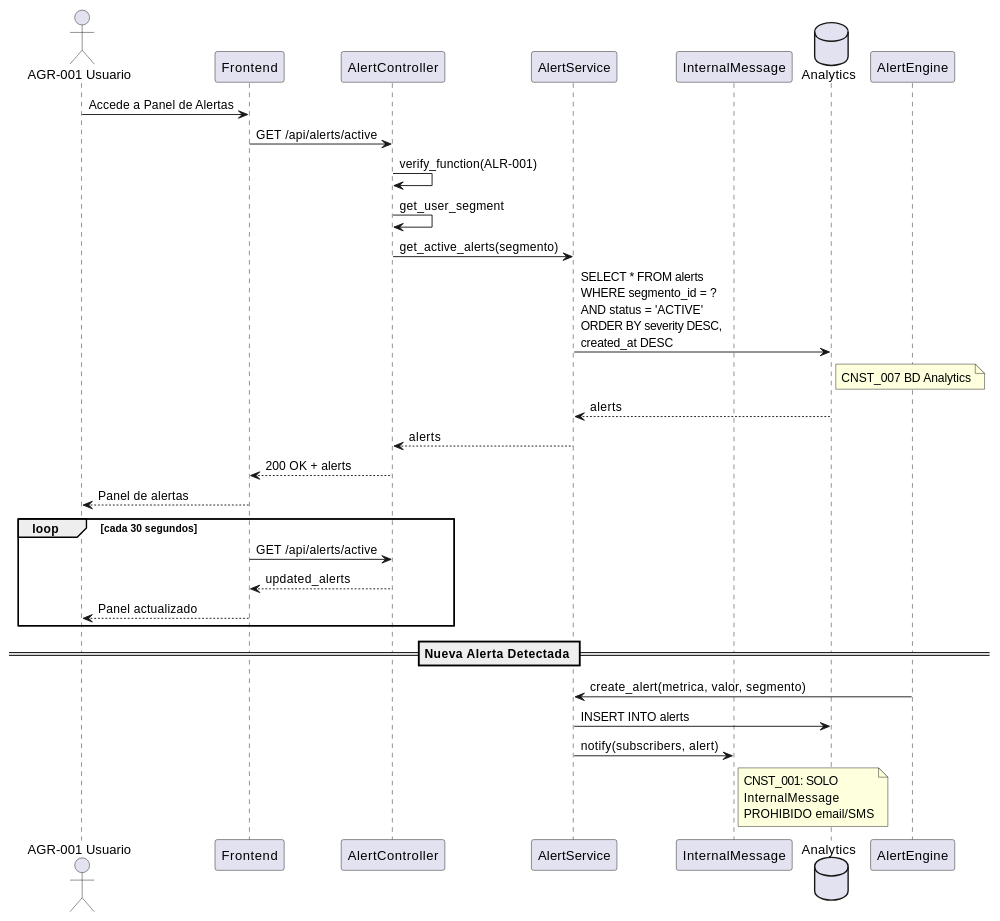
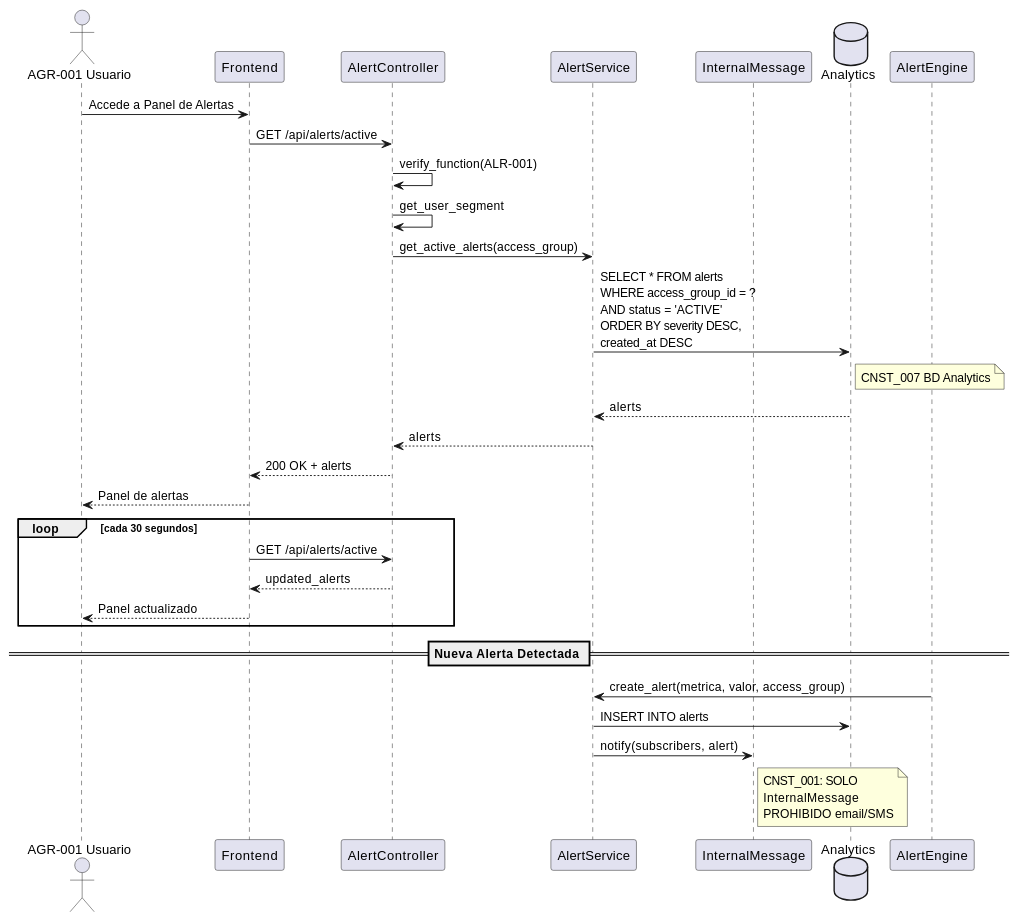
Before and after one commit to jcg-admin/IACT-docs: the second of 3 diagrams in source/requisitos/casos-uso/alerts/uc-alr-02-ver-alertas-activas.rst, drawn with PlantUML. The commit also changed other lines of this file and 4 other files, not shown here.

```diff
--- a/source/requisitos/casos-uso/alerts/uc-alr-02-ver-alertas-activas.rst
+++ b/source/requisitos/casos-uso/alerts/uc-alr-02-ver-alertas-activas.rst
@@ -163,43 +163,43 @@
 .. uml::
  :caption: Diagrama de Secuencia - UC_ALR_02
 
  @startuml
  actor "AGR-001 Usuario" as U
  participant "Frontend" as FE
  participant "AlertController" as AC
  participant "AlertService" as AS
  participant "InternalMessage" as IM
  database "Analytics" as DB
 
  U -> FE: Accede a Panel de Alertas
  FE -> AC: GET /api/alerts/active
  AC -> AC: verify_function(ALR-001)
  AC -> AC: get_user_segment
 
- AC -> AS: get_active_alerts(segmento)
- AS -> DB: SELECT * FROM alerts\nWHERE segmento_id = ?\nAND status = 'ACTIVE'\nORDER BY severity DESC,\ncreated_at DESC
+ AC -> AS: get_active_alerts(access_group)
+ AS -> DB: SELECT * FROM alerts\nWHERE access_group_id = ?\nAND status = 'ACTIVE'\nORDER BY severity DESC,\ncreated_at DESC
  note right of DB: CNST_007 BD Analytics
  DB --> AS: alerts
  AS --> AC: alerts
  AC --> FE: 200 OK + alerts
  FE --> U: Panel de alertas
 
  loop cada 30 segundos
  FE -> AC: GET /api/alerts/active
  AC --> FE: updated_alerts
  FE --> U: Panel actualizado
  end
 
  == Nueva Alerta Detectada ==
 
  participant "AlertEngine" as AE
 
- AE -> AS: create_alert(metrica, valor, segmento)
+ AE -> AS: create_alert(metrica, valor, access_group)
  AS -> DB: INSERT INTO alerts
  AS -> IM: notify(subscribers, alert)
  note right of IM
  CNST_001: SOLO
  InternalMessage
  PROHIBIDO email/SMS
  end note
  @enduml
```
